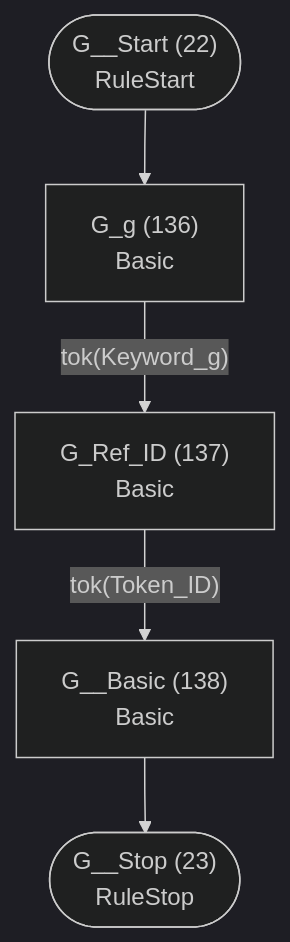
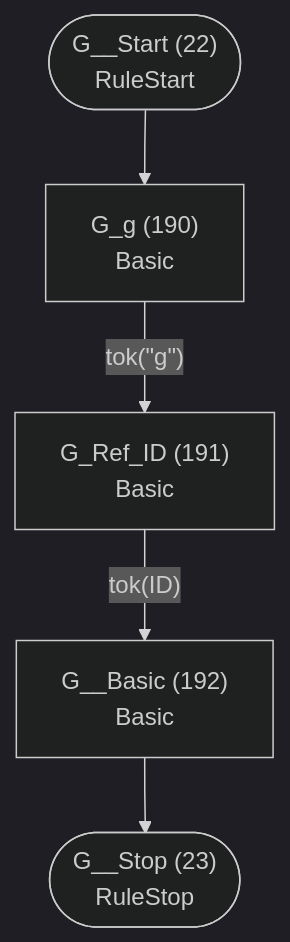
Diagram 12 of 41 in internal/languages/completion/atn.md (TypeFox/fastbelt), drawn with Mermaid (dark theme) before and after one commit. The commit also changed other lines of this file and 36 other files, not shown here.

````diff
--- a/internal/languages/completion/atn.md
+++ b/internal/languages/completion/atn.md
@@ -317,13 +362,13 @@
 ```mermaid
 flowchart TD
     q22(["G__Start (22)<br/>RuleStart"])
     q23(["G__Stop (23)<br/>RuleStop"])
-    q136["G_g (136)<br/>Basic<br/>"]
-    q137["G_Ref_ID (137)<br/>Basic<br/>"]
-    q138["G__Basic (138)<br/>Basic<br/>"]
+    q190["G_g (190)<br/>Basic<br/>"]
+    q191["G_Ref_ID (191)<br/>Basic<br/>"]
+    q192["G__Basic (192)<br/>Basic<br/>"]
 
-    q22 --> q136
-    q136 -->|"tok(Keyword_g)"| q137
-    q137 -->|"tok(Token_ID)"| q138
-    q138 --> q23
+    q22 --> q190
+    q190 -->|"tok(&quot;g&quot;)"| q191
+    q191 -->|"tok(ID)"| q192
+    q192 --> q23
 ```
````
